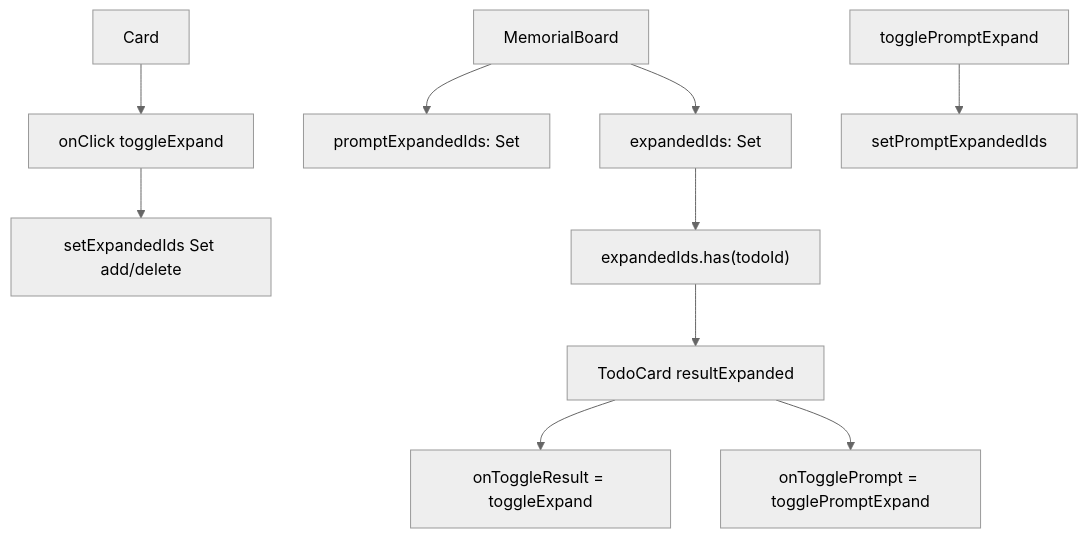
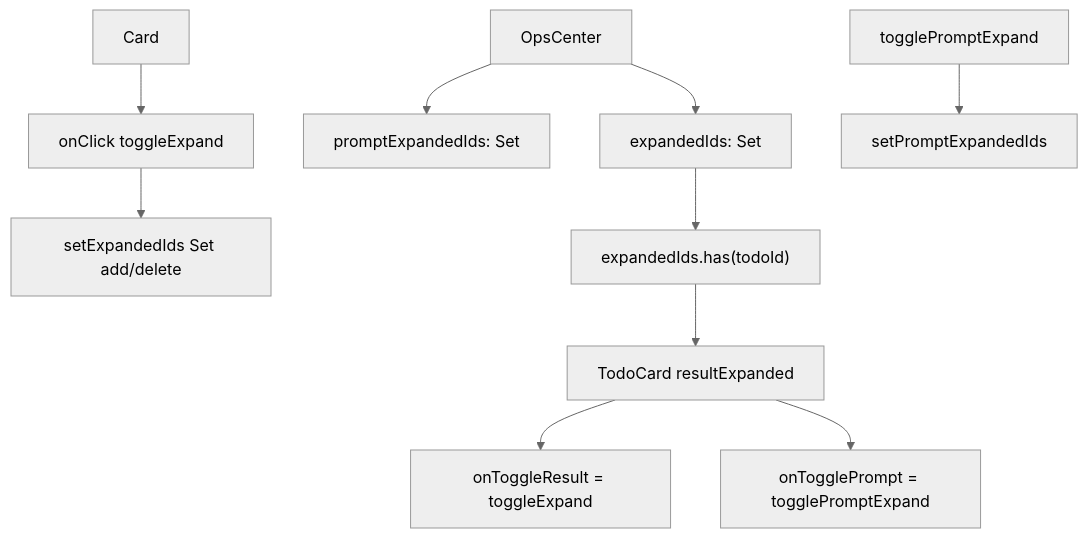
One commit to weibaohui/ntd changed the second of 4 diagrams in frontend/src/help/pages/board-expand-toggle.md. Above: the diagram before and after it, drawn with Mermaid (neutral theme). The commit also changed other lines of this file and 24 other files, not shown here.

First line of the commit message:
refactor(097): 看板视图归位事项菜单 + 独立看板改名运行中心

````diff
--- a/frontend/src/help/pages/board-expand-toggle.md
+++ b/frontend/src/help/pages/board-expand-toggle.md
@@ -23,12 +23,12 @@
 ```mermaid
 flowchart TD
-  MemorialBoard --> expandedIds["expandedIds: Set<number>"]
-  MemorialBoard --> promptExpandedIds["promptExpandedIds: Set<number>"]
+  OpsCenter --> expandedIds["expandedIds: Set<number>"]
+  OpsCenter --> promptExpandedIds["promptExpandedIds: Set<number>"]
   Card --> toggleExpand["onClick toggleExpand"]
   toggleExpand --> setExpandedIds["setExpandedIds Set add/delete"]
   expandedIds --> has["expandedIds.has(todoId)"]
   has --> TodoCard["TodoCard resultExpanded"]
   TodoCard --> onToggleResult["onToggleResult = toggleExpand"]
   TodoCard --> onTogglePrompt["onTogglePrompt = togglePromptExpand"]
   togglePromptExpand --> setPromptExpandedIds["setPromptExpandedIds"]
 ```
````
